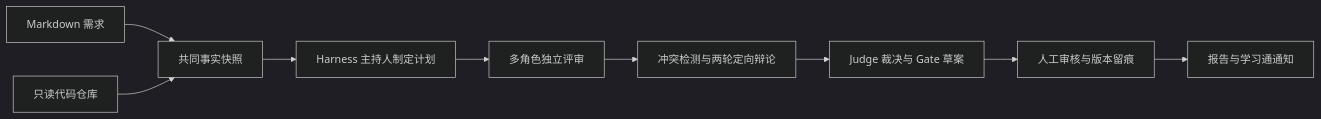
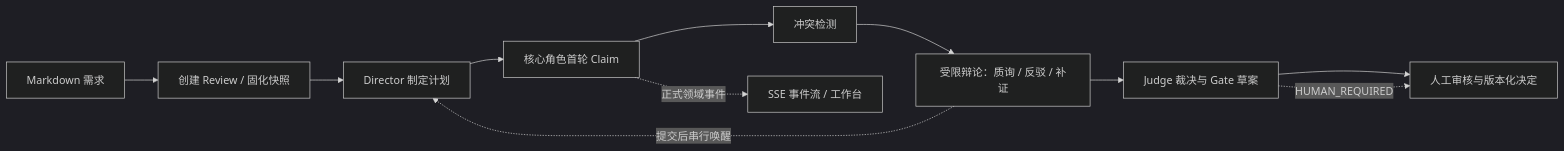
The diagram in README.md (cc-chongming/chongming), drawn with Mermaid (dark theme) before and after one commit. The commit also changed other lines of this file and 19 other files, not shown here.

````diff
--- a/README.md
+++ b/README.md
@@ -21,11 +35,14 @@
 ```mermaid
 flowchart LR
-    A["Markdown 需求"] --> C["共同事实快照"]
-    B["只读代码仓库"] --> C
-    C --> D["Harness 主持人制定计划"]
-    D --> E["多角色独立评审"]
-    E --> F["冲突检测与两轮定向辩论"]
+    A["Markdown 需求"] --> B["创建 Review / 固化快照"]
+    B --> C["Director 制定计划"]
+    C --> D["核心角色首轮 Claim"]
+    D --> E["冲突检测"]
+    E --> F["受限辩论：质询 / 反驳 / 补证"]
     F --> G["Judge 裁决与 Gate 草案"]
-    G --> H["人工审核与版本留痕"]
-    H --> I["报告与学习通通知"]
+    G --> H["人工审核与版本化决定"]
+
+    D -. "正式领域事件" .-> I["SSE 事件流 / 工作台"]
+    F -. "提交后串行唤醒" .-> C
+    G -. "HUMAN_REQUIRED" .-> H
 ```
````
